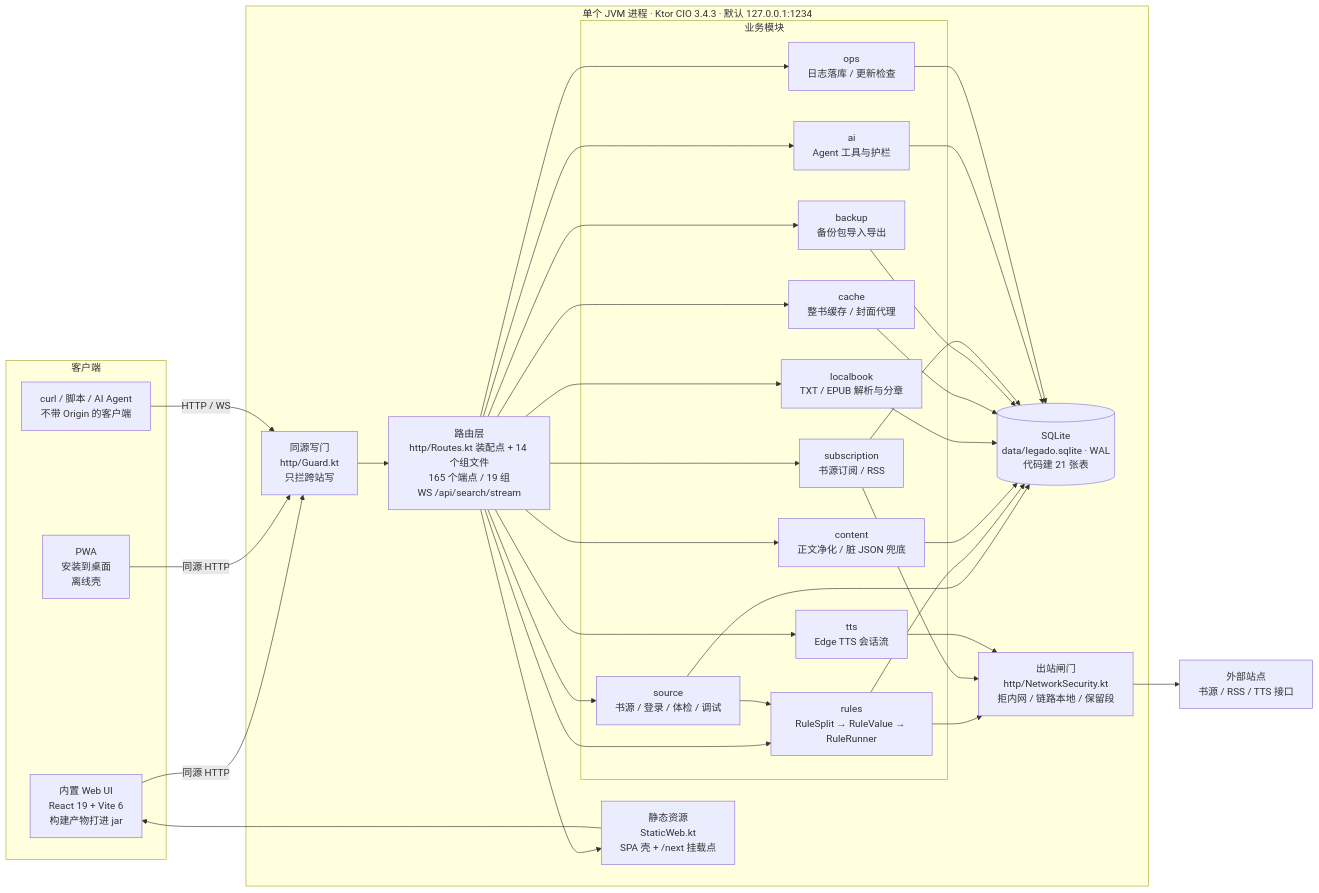
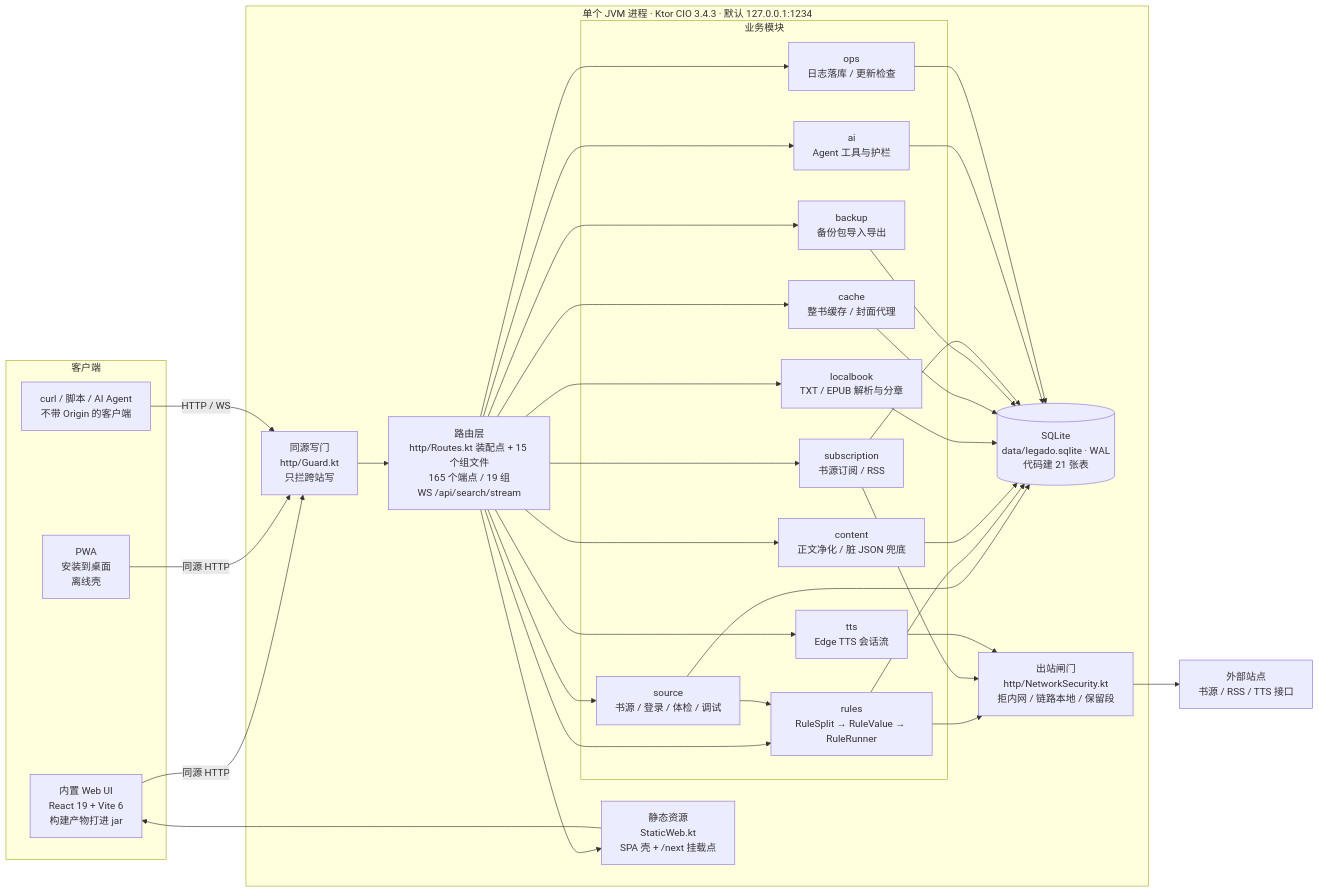
The first of 6 diagrams in docs/ARCHITECTURE.md (linqinqiu/legadoQ), drawn with Mermaid before and after one commit. The commit also changed other lines of this file and 11 other files, not shown here.

````diff
--- a/docs/ARCHITECTURE.md
+++ b/docs/ARCHITECTURE.md
@@ -12,66 +12,66 @@
 ```mermaid
 flowchart LR
     subgraph CLIENT["客户端"]
         UI["内置 Web UI<br/>React 19 + Vite 6<br/>构建产物打进 jar"]
         PWA["PWA<br/>安装到桌面<br/>离线壳"]
         CLI["curl / 脚本 / AI Agent<br/>不带 Origin 的客户端"]
     end
 
     subgraph PROC["单个 JVM 进程 · Ktor CIO 3.4.3 · 默认 127.0.0.1:1234"]
         GUARD["同源写门<br/>http/Guard.kt<br/>只拦跨站写"]
-        ROUTE["路由层<br/>http/Routes.kt 装配点 + 14 个组文件<br/>165 个端点 / 19 组<br/>WS /api/search/stream"]
+        ROUTE["路由层<br/>http/Routes.kt 装配点 + 15 个组文件<br/>165 个端点 / 19 组<br/>WS /api/search/stream"]
         STATIC["静态资源<br/>StaticWeb.kt<br/>SPA 壳 + /next 挂载点"]
 
         subgraph DOMAIN["业务模块"]
             SRC["source<br/>书源 / 登录 / 体检 / 调试"]
             RULE["rules<br/>RuleSplit → RuleValue → RuleRunner"]
             CONTENT["content<br/>正文净化 / 脏 JSON 兜底"]
             LOCAL["localbook<br/>TXT / EPUB 解析与分章"]
             CACHE["cache<br/>整书缓存 / 封面代理"]
             TTS["tts<br/>Edge TTS 会话流"]
             BACKUP["backup<br/>备份包导入导出"]
             SUB["subscription<br/>书源订阅 / RSS"]
             AGENT["ai<br/>Agent 工具与护栏"]
             OPS["ops<br/>日志落库 / 更新检查"]
         end
 
         DB[("SQLite<br/>data/legado.sqlite · WAL<br/>代码建 21 张表")]
         NETSEC["出站闸门<br/>http/NetworkSecurity.kt<br/>拒内网 / 链路本地 / 保留段"]
     end
 
     NET["外部站点<br/>书源 / RSS / TTS 接口"]
 
     UI -->|"同源 HTTP"| GUARD
     PWA -->|"同源 HTTP"| GUARD
     CLI -->|"HTTP / WS"| GUARD
     GUARD --> ROUTE
     ROUTE --> STATIC
     STATIC --> UI
 
     ROUTE --> SRC
     ROUTE --> RULE
     ROUTE --> CONTENT
     ROUTE --> LOCAL
     ROUTE --> CACHE
     ROUTE --> TTS
     ROUTE --> BACKUP
     ROUTE --> SUB
     ROUTE --> AGENT
     ROUTE --> OPS
 
     SRC --> RULE
     RULE --> NETSEC
     NETSEC --> NET
     SUB --> NETSEC
     TTS --> NETSEC
 
     SRC --> DB
     RULE --> DB
     CONTENT --> DB
     LOCAL --> DB
     CACHE --> DB
     BACKUP --> DB
     SUB --> DB
     AGENT --> DB
     OPS --> DB
 ```
````
